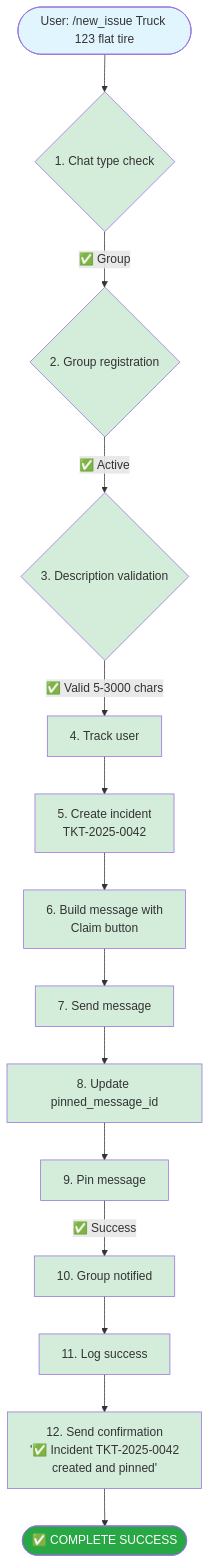
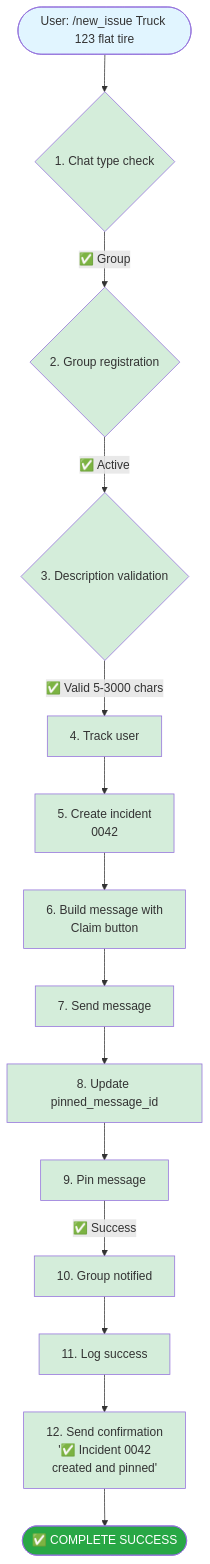
One commit to ShJavokhir/raisedash-kpi-bot changed diagram 35 of 50 in docs/new_issue_use_cases.md. Above: the diagram before and after it, drawn with Mermaid. The commit also changed other lines of this file, not shown here.

First line of the commit message:
docs: Update incident ID format in use cases

````diff
--- a/docs/new_issue_use_cases.md
+++ b/docs/new_issue_use_cases.md
@@ -1100,31 +1100,31 @@
 ```mermaid
 flowchart TD
     Start([User: /new_issue Truck 123 flat tire]) --> ChatType{1. Chat type check}
     ChatType -->|✅ Group| GroupReg{2. Group registration}
     GroupReg -->|✅ Active| DescCheck{3. Description validation}
     DescCheck -->|✅ Valid 5-3000 chars| UserTrack[4. Track user]
-    UserTrack --> CreateInc[5. Create incident<br/>TKT-2025-0042]
+    UserTrack --> CreateInc[5. Create incident<br/>0042]
     CreateInc --> BuildMsg[6. Build message with<br/>Claim button]
     BuildMsg --> SendMsg[7. Send message]
     SendMsg --> UpdateDB[8. Update pinned_message_id]
     UpdateDB --> PinMsg[9. Pin message]
     PinMsg -->|✅ Success| NotifyGroup[10. Group notified]
     NotifyGroup --> LogSuccess[11. Log success]
-    LogSuccess --> UserConfirm[12. Send confirmation<br/>'✅ Incident TKT-2025-0042<br/>created and pinned']
+    LogSuccess --> UserConfirm[12. Send confirmation<br/>'✅ Incident 0042<br/>created and pinned']
     UserConfirm --> End([✅ COMPLETE SUCCESS])
 
     style Start fill:#e1f5ff
     style ChatType fill:#d4edda
     style GroupReg fill:#d4edda
     style DescCheck fill:#d4edda
     style UserTrack fill:#d4edda
     style CreateInc fill:#d4edda
     style BuildMsg fill:#d4edda
     style SendMsg fill:#d4edda
     style UpdateDB fill:#d4edda
     style PinMsg fill:#d4edda
     style NotifyGroup fill:#d4edda
     style LogSuccess fill:#d4edda
     style UserConfirm fill:#d4edda
     style End fill:#28a745,color:#fff
 ```
````
